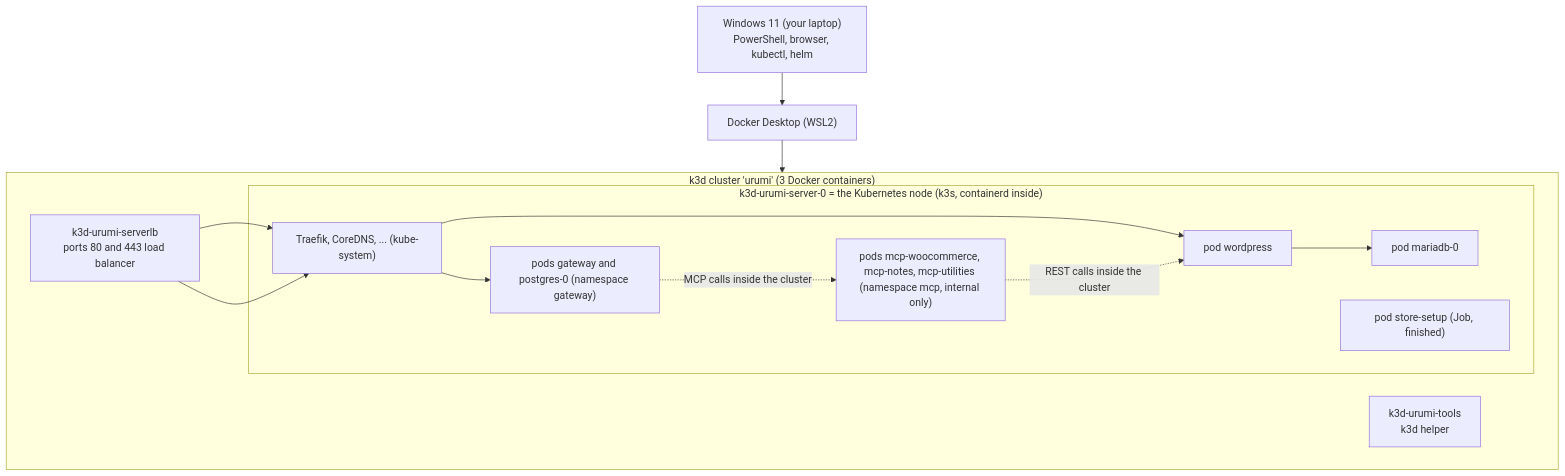
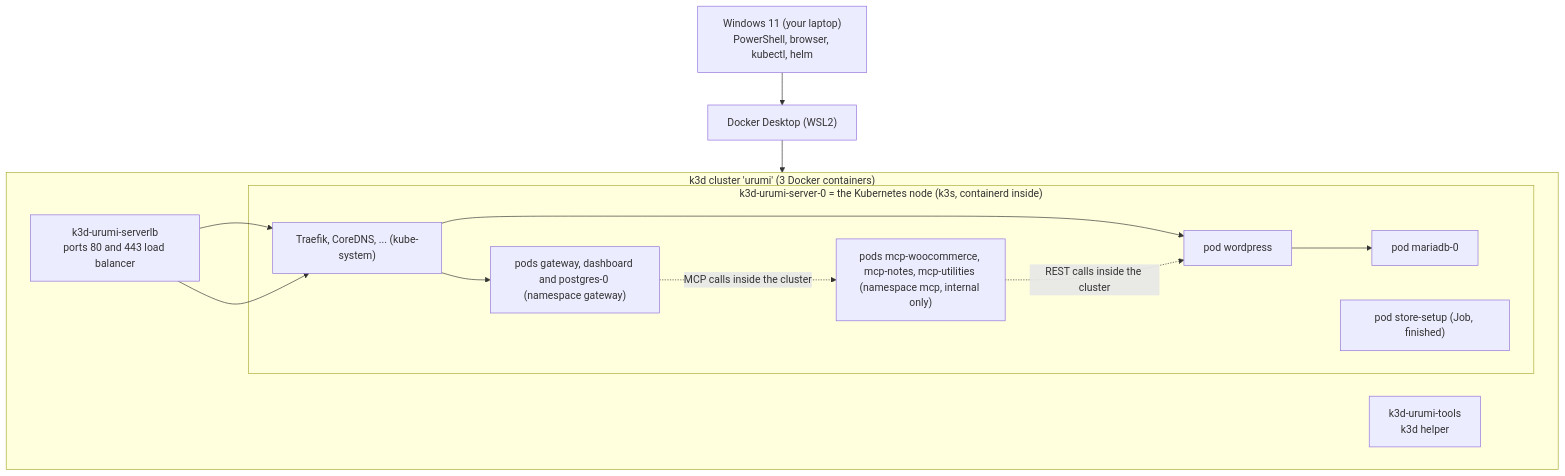
One commit to tushar66sharma/MCP-Gateway-on-Kubernetes changed the diagram in docs/run-guide.md. Above: the diagram before and after it, drawn with Mermaid. The commit also changed other lines of this file, not shown here.

Commit message:
docs: add the dashboard and Set up the AI chat sections to the run guide

````diff
--- a/docs/run-guide.md
+++ b/docs/run-guide.md
@@ -43,22 +46,22 @@
 ```mermaid
 flowchart TB
     W["Windows 11 (your laptop)<br/>PowerShell, browser, kubectl, helm"]
     D["Docker Desktop (WSL2)"]
     subgraph K3D["k3d cluster 'urumi' (3 Docker containers)"]
         LB["k3d-urumi-serverlb<br/>ports 80 and 443 load balancer"]
         TOOLS["k3d-urumi-tools<br/>k3d helper"]
         subgraph NODE["k3d-urumi-server-0 = the Kubernetes node (k3s, containerd inside)"]
             P1["pod wordpress"]
             P2["pod mariadb-0"]
             P3["pod store-setup (Job, finished)"]
             P5["pods mcp-woocommerce, mcp-notes, mcp-utilities (namespace mcp, internal only)"]
-            P6["pods gateway and postgres-0 (namespace gateway)"]
+            P6["pods gateway, dashboard and postgres-0 (namespace gateway)"]
             P4["Traefik, CoreDNS, ... (kube-system)"]
         end
     end
     W --> D --> K3D
     LB --> P4 --> P1 --> P2
     P5 -. "REST calls inside the cluster" .-> P1
     LB --> P4 --> P6
     P6 -. "MCP calls inside the cluster" .-> P5
 ```
````
